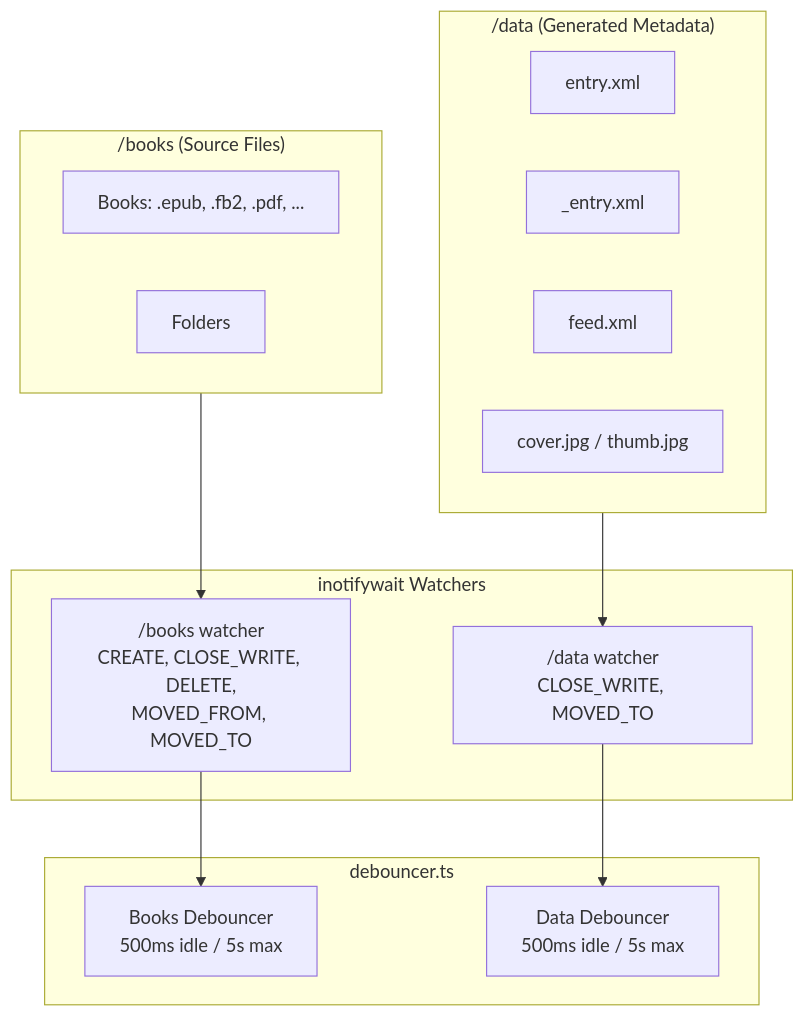
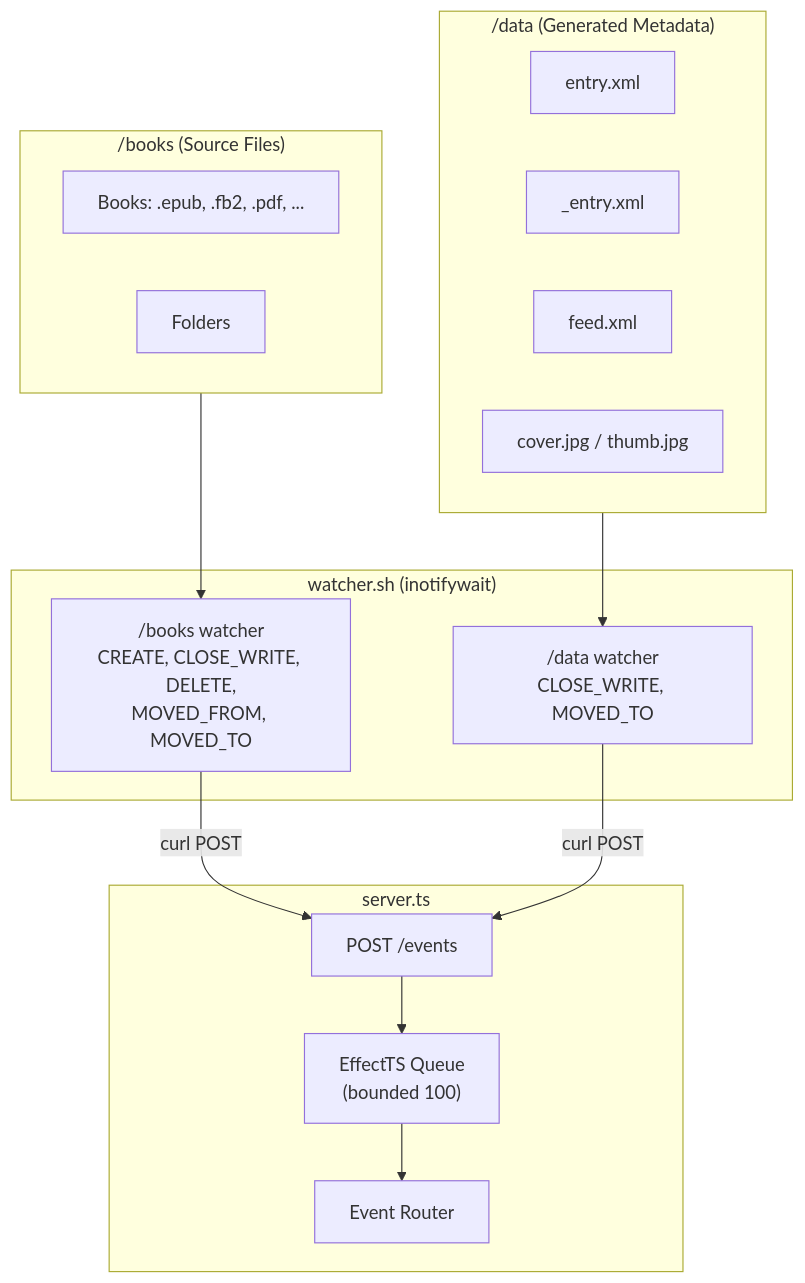
The first of 3 diagrams in ARCHITECTURE.md (Seigiard/opds-generator), drawn with Mermaid before and after one commit. The commit also changed other lines of this file, not shown here.

First line of the commit message:
Update ARCHITECTURE.md for EffectTS migration

````diff
--- a/ARCHITECTURE.md
+++ b/ARCHITECTURE.md
@@ -14,29 +14,32 @@
 ```mermaid
 flowchart TB
     subgraph Sources["/books (Source Files)"]
         B[Books: .epub, .fb2, .pdf, ...]
         F[Folders]
     end
 
     subgraph Data["/data (Generated Metadata)"]
         EX[entry.xml]
         UEX[_entry.xml]
         FX[feed.xml]
         COV[cover.jpg / thumb.jpg]
     end
 
-    subgraph Watchers["inotifywait Watchers"]
+    subgraph Watchers["watcher.sh (inotifywait)"]
         BW["/books watcher<br/>CREATE, CLOSE_WRITE, DELETE,<br/>MOVED_FROM, MOVED_TO"]
         DW["/data watcher<br/>CLOSE_WRITE, MOVED_TO"]
     end
 
-    subgraph Debouncer["debouncer.ts"]
-        BD[Books Debouncer<br/>500ms idle / 5s max]
-        DD[Data Debouncer<br/>500ms idle / 5s max]
+    subgraph Server["server.ts"]
+        EP["POST /events"]
+        Q["EffectTS Queue<br/>(bounded 100)"]
+        R["Event Router"]
     end
 
     Sources --> BW
     Data --> DW
-    BW --> BD
-    DW --> DD
+    BW -->|curl POST| EP
+    DW -->|curl POST| EP
+    EP --> Q
+    Q --> R
 ```
````
